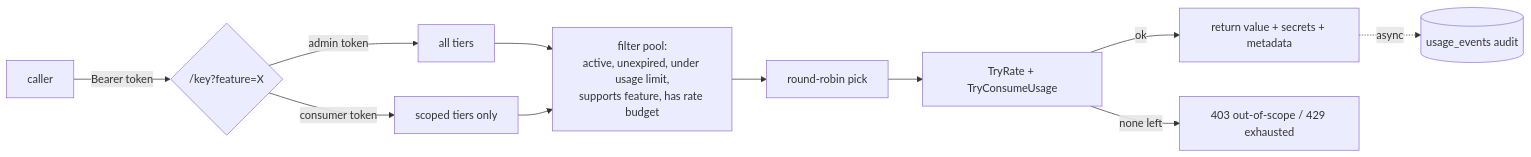
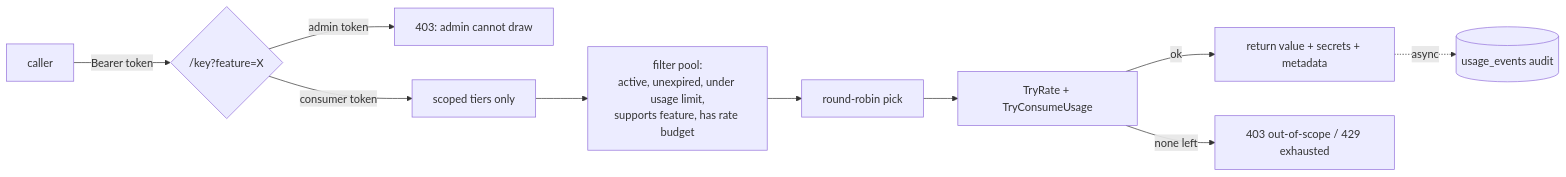
The diagram in README.md (orkait/keypooler), drawn with Mermaid before and after one commit. The commit also changed other lines of this file and 4 other files, not shown here.

First line of the commit message:
feat(api): the admin token manages keys but cannot read them

````diff
--- a/README.md
+++ b/README.md
@@ -46,12 +46,12 @@
 ```mermaid
 flowchart LR
     C[caller] -->|Bearer token| K{/key?feature=X}
-    K -->|admin token| ALL[all tiers]
+    K -->|admin token| X[403: admin cannot draw]
     K -->|consumer token| SC[scoped tiers only]
-    ALL & SC --> F[filter pool:<br/>active, unexpired, under usage limit,<br/>supports feature, has rate budget]
+    SC --> F[filter pool:<br/>active, unexpired, under usage limit,<br/>supports feature, has rate budget]
     F --> RR[round-robin pick]
     RR --> G[TryRate + TryConsumeUsage]
     G -->|ok| R[return value + secrets + metadata]
     G -->|none left| E[403 out-of-scope / 429 exhausted]
     R -.async.-> A[(usage_events audit)]
 ```
````
